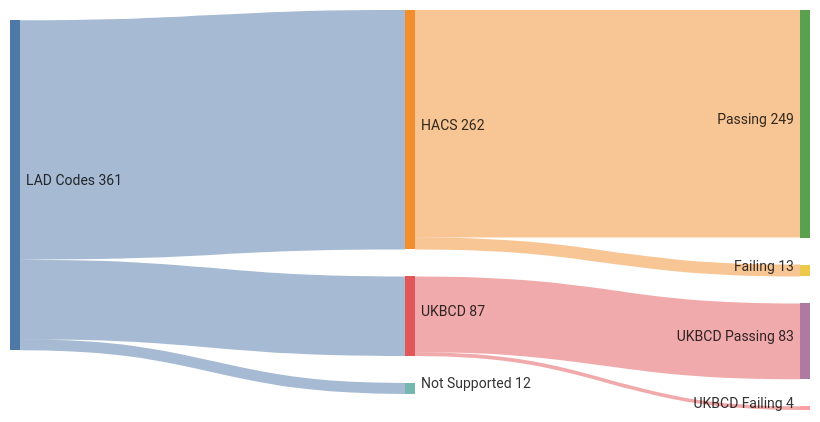
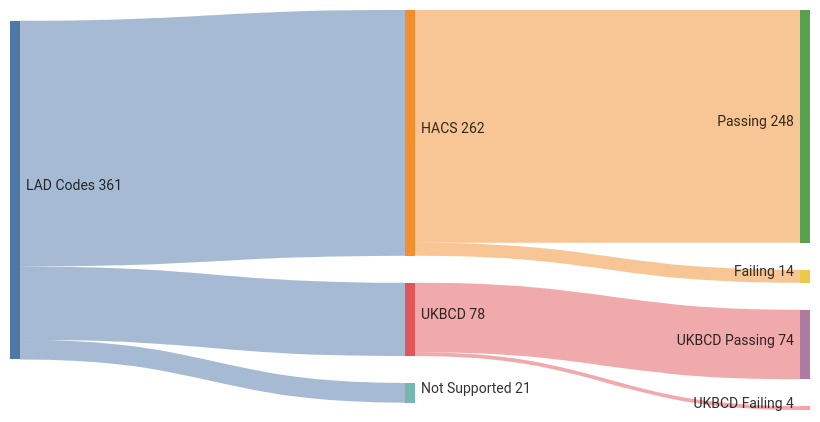
Before and after one commit to cmbsteinberg/bins: the diagram in README.md, drawn with Mermaid. The commit also changed 6 other files, not shown here.

````diff
--- a/README.md
+++ b/README.md
@@ -11,21 +11,21 @@
 ```mermaid
 ---
 config:
   sankey:
     width: 800
     height: 400
     linkColor: source
     nodeAlignment: left
 ---
 sankey-beta
 
 "LAD Codes","HACS",262
-"LAD Codes","UKBCD",87
-"LAD Codes","Not Supported",12
+"LAD Codes","UKBCD",78
+"LAD Codes","Not Supported",21
 
-"HACS","Passing",249
-"HACS","Failing",13
+"HACS","Passing",248
+"HACS","Failing",14
 
-"UKBCD","UKBCD Passing",83
+"UKBCD","UKBCD Passing",74
 "UKBCD","UKBCD Failing",4
 ```
````
